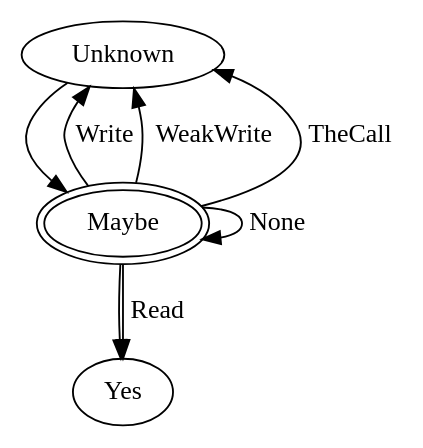
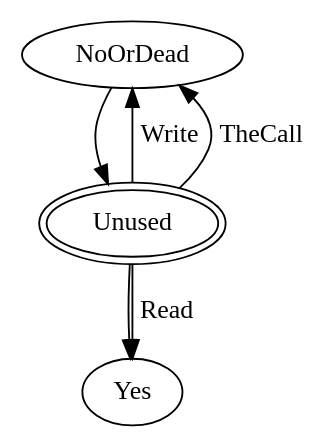
The diagram in lib/EarlyFunctionAnalysis/ABIAnalyses/MFIGraphs/UsedReturnValuesOfFunctionCall.dot (revng/revng), drawn with Graphviz before and after one commit. The commit also changed 6 other files, not shown here.

First line of the commit message:
Update Graphviz files for intraprocedural analysis

```diff
--- a/lib/EarlyFunctionAnalysis/ABIAnalyses/MFIGraphs/UsedReturnValuesOfFunctionCall.dot
+++ b/lib/EarlyFunctionAnalysis/ABIAnalyses/MFIGraphs/UsedReturnValuesOfFunctionCall.dot
@@ -1,21 +1,18 @@
 #
 # This file is distributed under the MIT License. See LICENSE.md for details.
 #
 
 digraph UsedReturnValuesOfFunctionCall {
-  Unknown;
-  Maybe [peripheries=2];
+  NoOrDead;
+  Unused [peripheries=2];
   Yes;
 
   # Lattice
-  Unknown->Maybe;
-  Maybe->Yes;
+  NoOrDead->Unused;
+  Unused->Yes;
 
   # Transfer functions
-  Maybe->Yes [label="Read"];
-  Maybe->Unknown [label="Write"];
-  Maybe->Unknown [label="WeakWrite"];
-  Maybe->Unknown [label="TheCall"];
-
-  Maybe->Maybe [label="None"];
+  Unused->Yes [label="Read"];
+  Unused->NoOrDead [label="Write"];
+  Unused->NoOrDead [label="TheCall"];
 }
```
